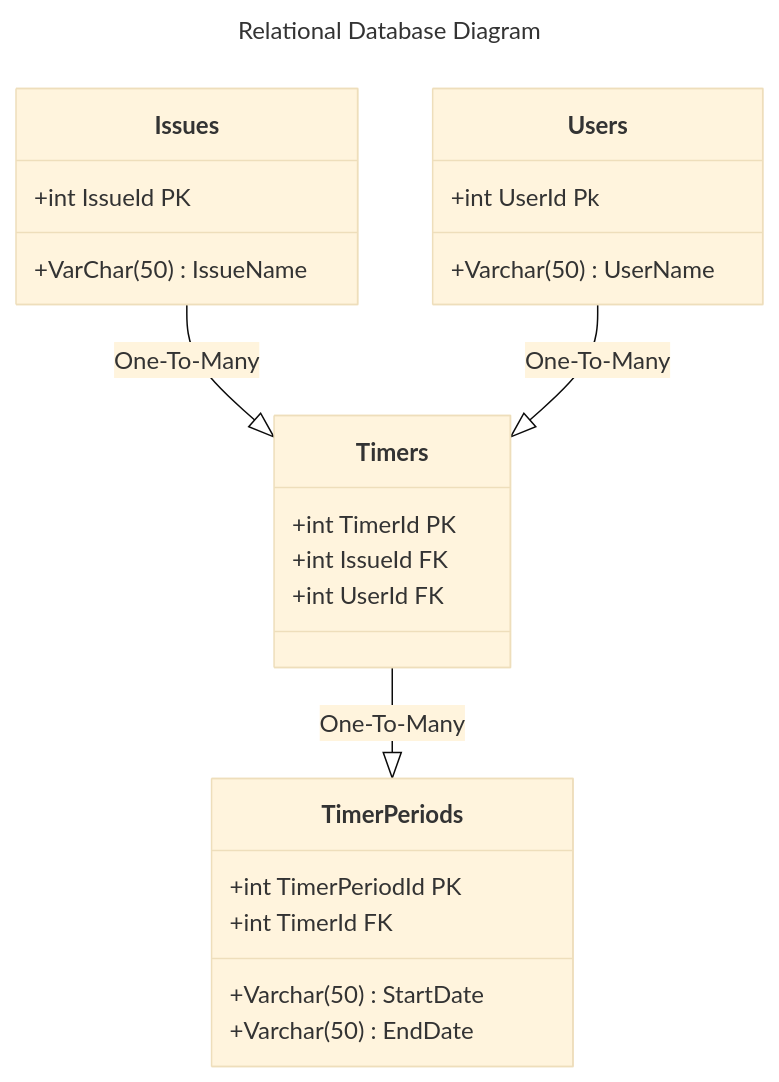
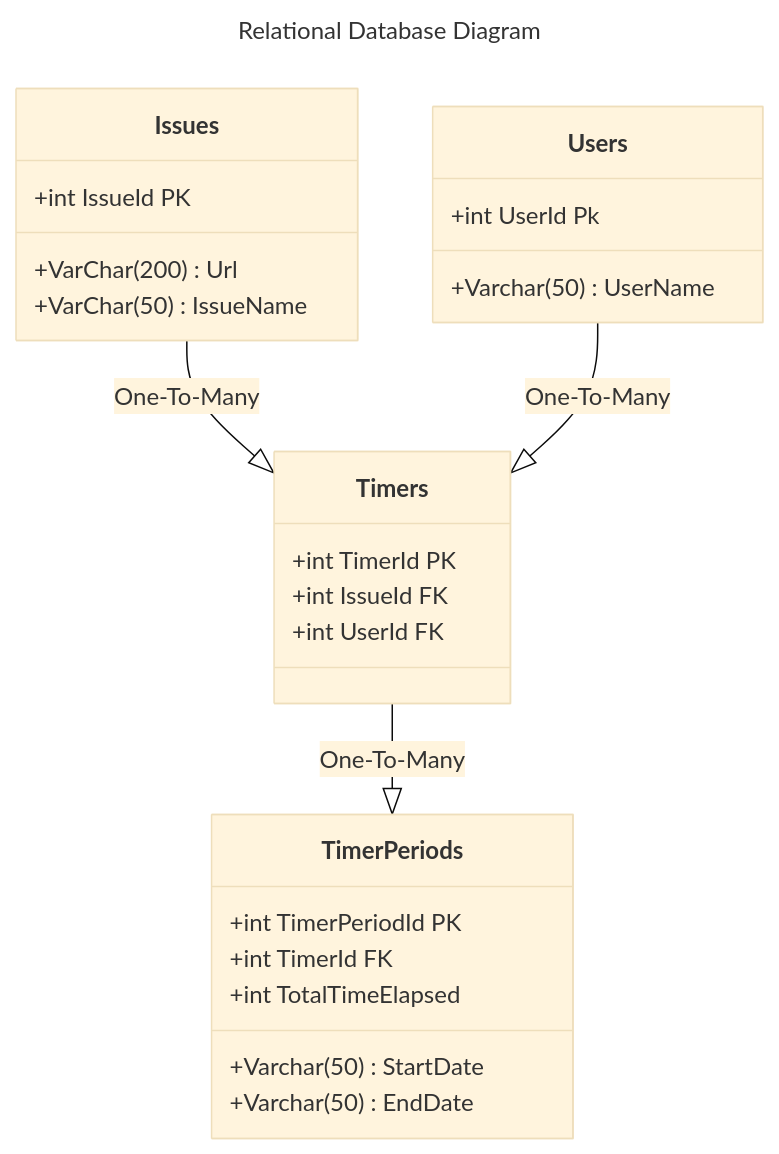
One commit to GrantRynders/Github-Extension-Project changed the diagram in Readme.md. Above: the diagram before and after it, drawn with Mermaid (base theme). The commit also changed other lines of this file, not shown here.

````diff
--- a/Readme.md
+++ b/Readme.md
@@ -7,29 +7,31 @@
 ```mermaid
 ---
 title: Relational Database Diagram
 ---
 classDiagram
 Issues --|> Timers : One-To-Many
 Users --|> Timers : One-To-Many
 Timers --|> TimerPeriods : One-To-Many
 class Issues{
     +int IssueId PK
+    +VarChar(200) Url
     +VarChar(50) IssueName
 }
 class Users{
     +int UserId Pk
     +Varchar(50) UserName
 }
 class Timers{
     +int TimerId PK
     +int IssueId FK
     +int UserId FK
 }
 class TimerPeriods{
     +int TimerPeriodId PK
     +int TimerId FK
     +Varchar(50) StartDate
     +Varchar(50) EndDate
+    +int TotalTimeElapsed
 }
 
 ```
````
